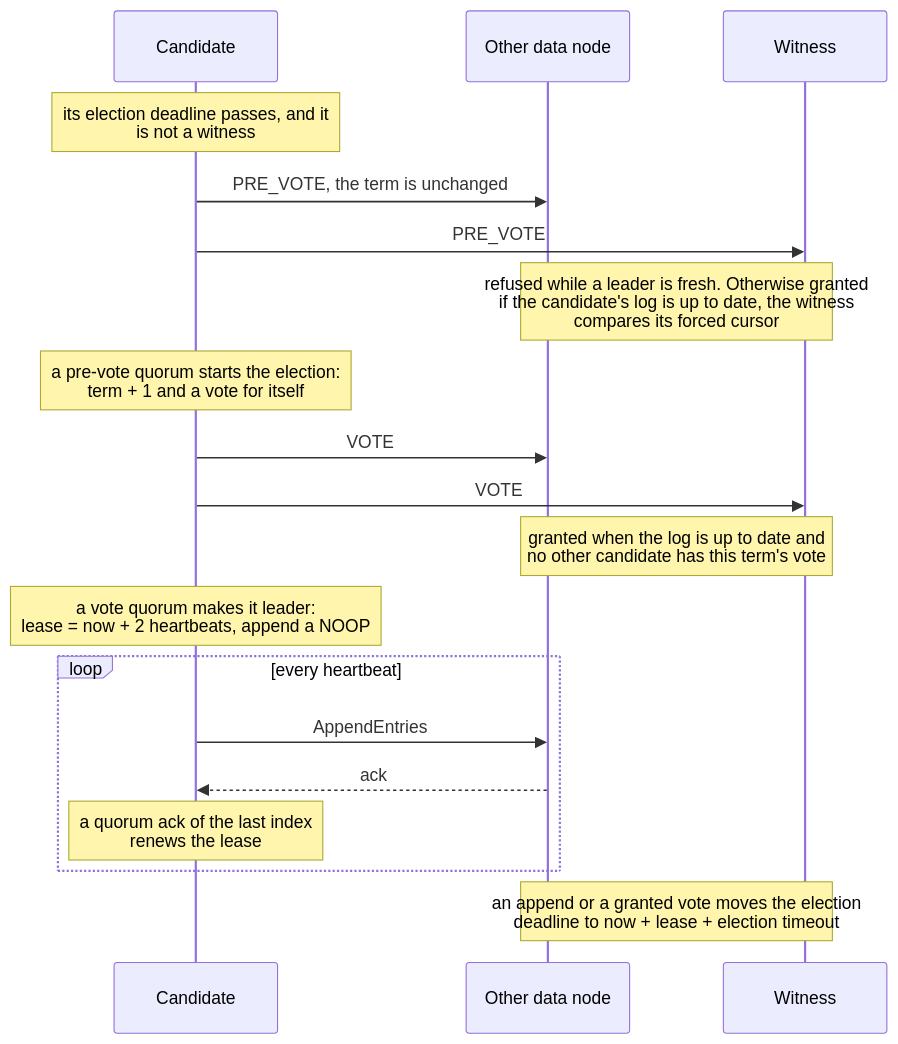
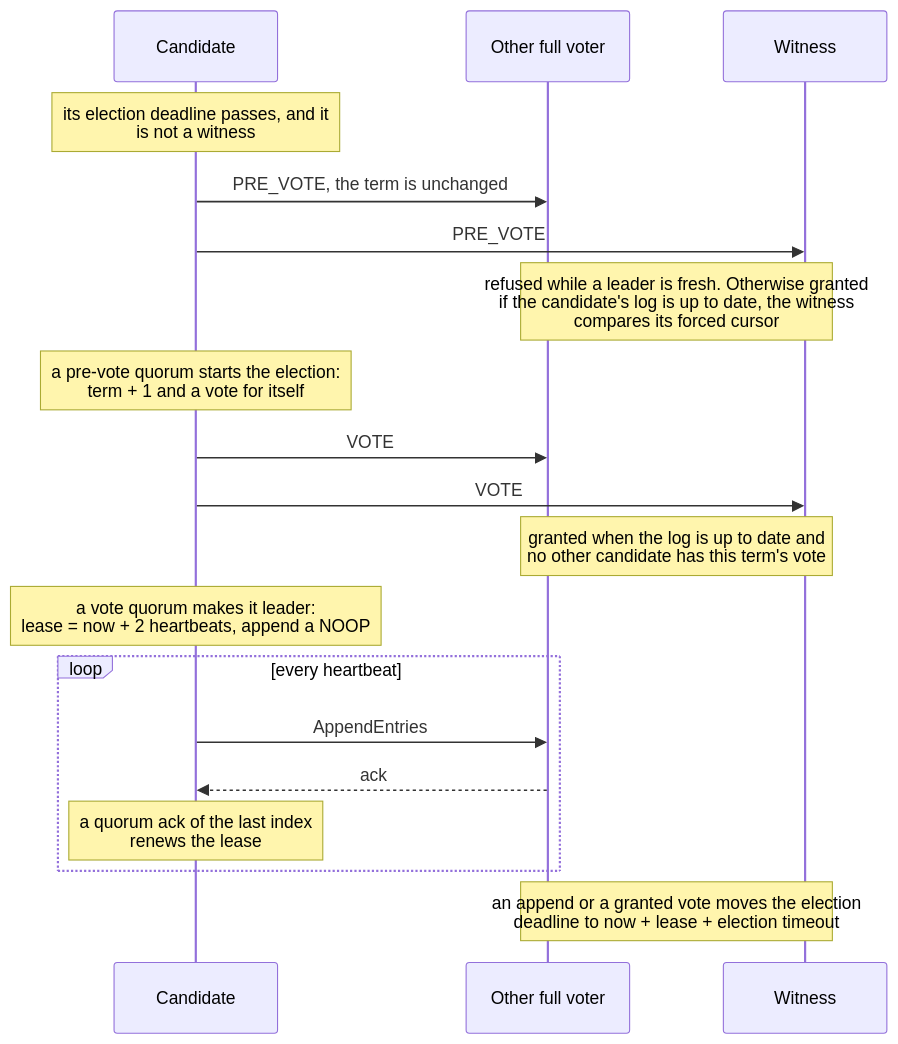
One commit to BlivionIaG/sjws_nettask changed the first of 2 diagrams in docs/design/high-availability.md. Above: the diagram before and after it, drawn with Mermaid. The commit also changed other lines of this file and 7 other files, not shown here.

First line of the commit message:
docs: update the diagrams for the 30 new master commits

````diff
--- a/docs/design/high-availability.md
+++ b/docs/design/high-availability.md
@@ -124,22 +125,22 @@
 ```mermaid
 sequenceDiagram
     participant F as Candidate
-    participant P as Other data node
+    participant P as Other full voter
     participant W as Witness
 
     Note over F: its election deadline passes, and it<br/>is not a witness
     F->>P: PRE_VOTE, the term is unchanged
     F->>W: PRE_VOTE
     Note over P,W: refused while a leader is fresh. Otherwise granted<br/>if the candidate's log is up to date, the witness<br/>compares its forced cursor
     Note over F: a pre-vote quorum starts the election:<br/>term + 1 and a vote for itself
     F->>P: VOTE
     F->>W: VOTE
     Note over P,W: granted when the log is up to date and<br/>no other candidate has this term's vote
     Note over F: a vote quorum makes it leader:<br/>lease = now + 2 heartbeats, append a NOOP
     loop every heartbeat
         F->>P: AppendEntries
         P-->>F: ack
         Note over F: a quorum ack of the last index<br/>renews the lease
     end
     Note over P,W: an append or a granted vote moves the election<br/>deadline to now + lease + election timeout
 ```
````
